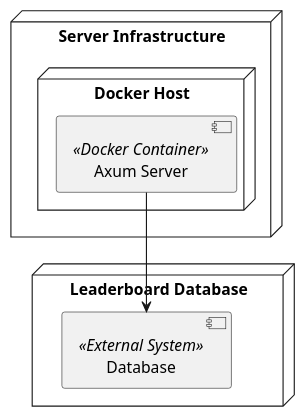
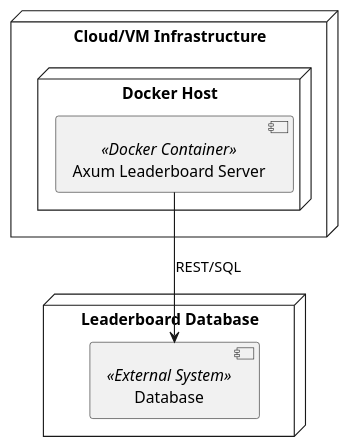
The third of 3 diagrams in docs/src/07_deployment_view.adoc (konnektoren/konnektoren-rs), drawn with PlantUML before and after one commit. The commit also changed other lines of this file, not shown here.

```diff
--- a/docs/src/07_deployment_view.adoc
+++ b/docs/src/07_deployment_view.adoc
@@ -78,16 +108,16 @@
 [plantuml, axum-server-deployment, svg]
 ....
 @startuml axum-server-deployment
-node "Server Infrastructure" {
+node "Cloud/VM Infrastructure" {
   node "Docker Host" {
-    [Axum Server] <<Docker Container>>
+    [Axum Leaderboard Server] <<Docker Container>>
   }
 }
 
 node "Leaderboard Database" {
   [Database] <<External System>>
 }
 
-[Axum Server] --> [Database]
+[Axum Leaderboard Server] --> [Database] : REST/SQL
 @enduml
 ....
```
